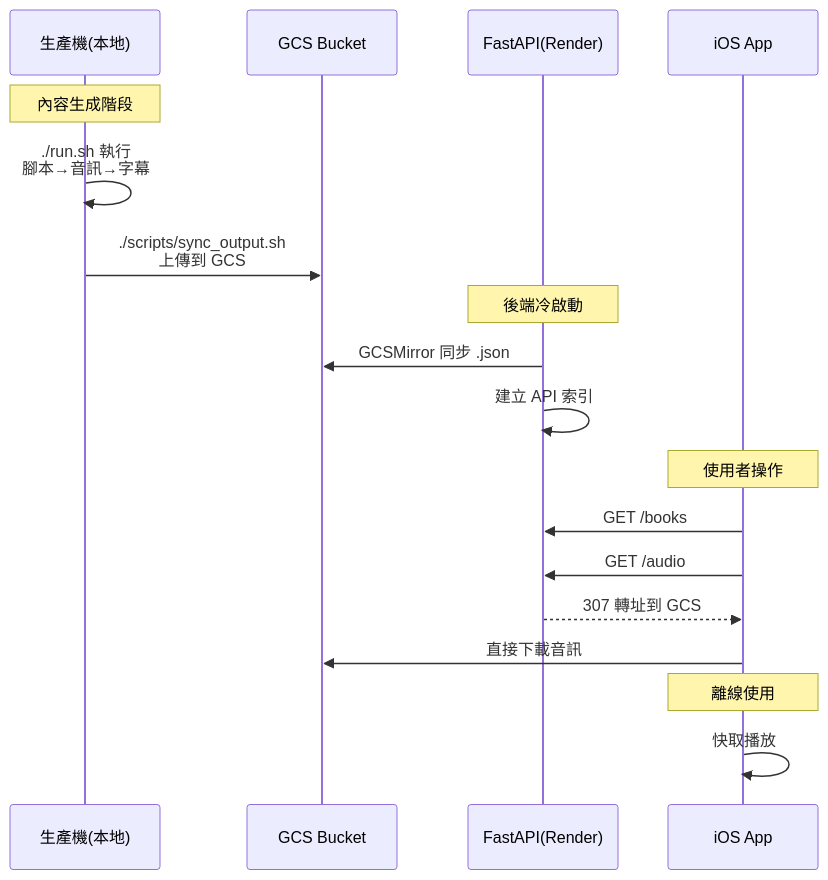
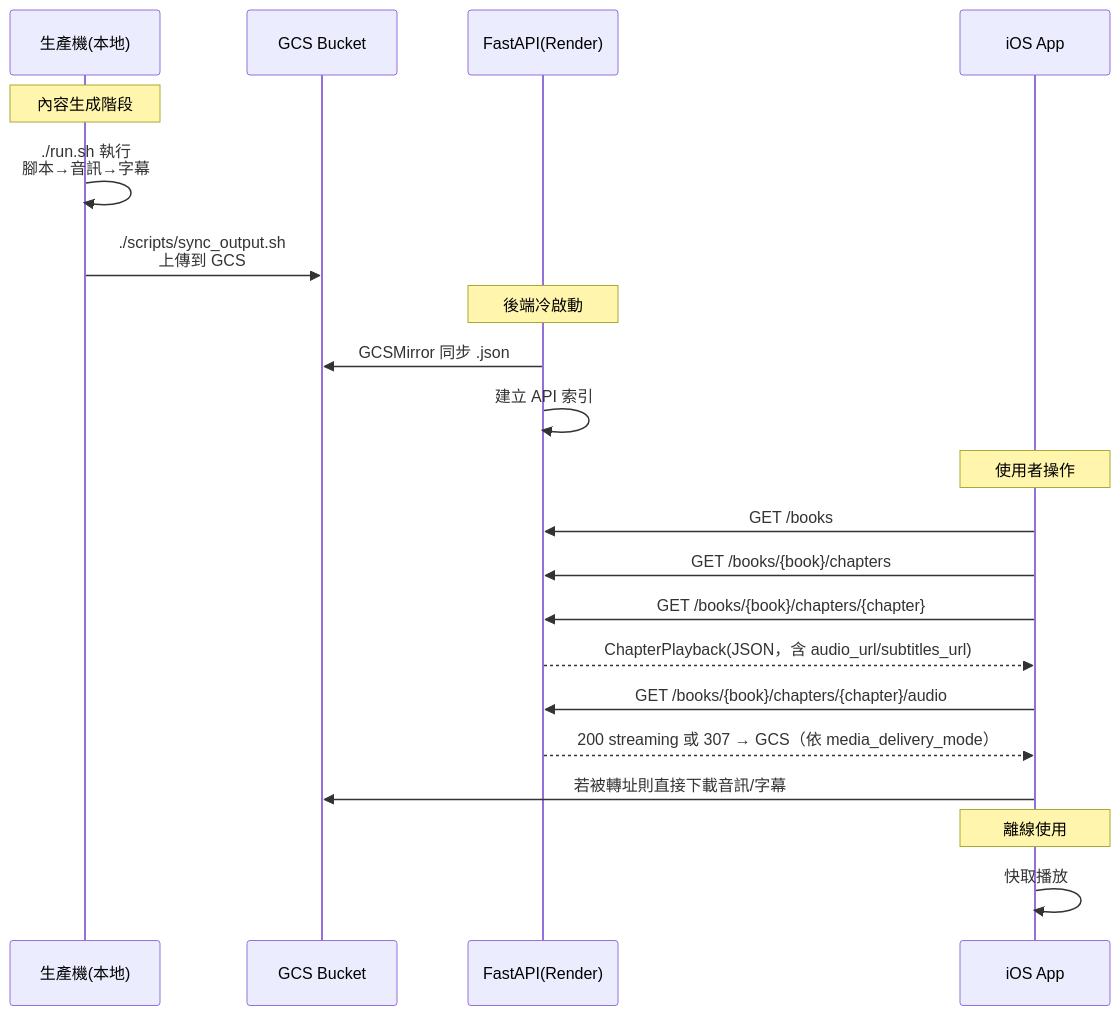
Before and after one commit to MaxChen228/podcast-workspace: the second of 2 diagrams in README.md, drawn with Mermaid. The commit also changed 6 other files, not shown here.

````diff
--- a/README.md
+++ b/README.md
@@ -135,25 +135,28 @@
 ```mermaid
 sequenceDiagram
     participant P as 生產機(本地)
     participant G as GCS Bucket
     participant API as FastAPI(Render)
     participant iOS as iOS App
 
     Note over P: 內容生成階段
     P->>P: ./run.sh 執行<br/>腳本→音訊→字幕
 
     P->>G: ./scripts/sync_output.sh<br/>上傳到 GCS
 
     Note over API: 後端冷啟動
     API->>G: GCSMirror 同步 .json
     API->>API: 建立 API 索引
 
     Note over iOS: 使用者操作
     iOS->>API: GET /books
-    iOS->>API: GET /audio
-    API-->>iOS: 307 轉址到 GCS
-    iOS->>G: 直接下載音訊
+    iOS->>API: GET /books/{book}/chapters
+    iOS->>API: GET /books/{book}/chapters/{chapter}
+    API-->>iOS: ChapterPlayback(JSON，含 audio_url/subtitles_url)
+    iOS->>API: GET /books/{book}/chapters/{chapter}/audio
+    API-->>iOS: 200 streaming 或 307 → GCS（依 media_delivery_mode）
+    iOS->>G: 若被轉址則直接下載音訊/字幕
 
     Note over iOS: 離線使用
     iOS->>iOS: 快取播放
 ```
````
